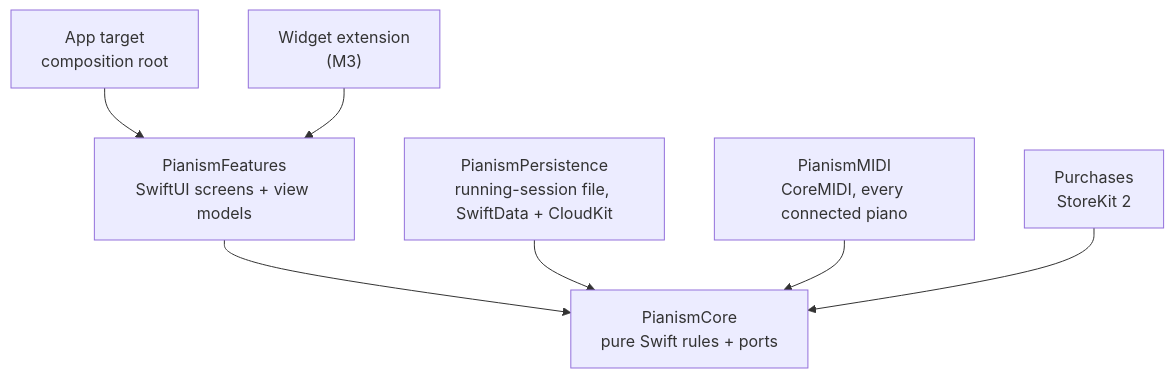
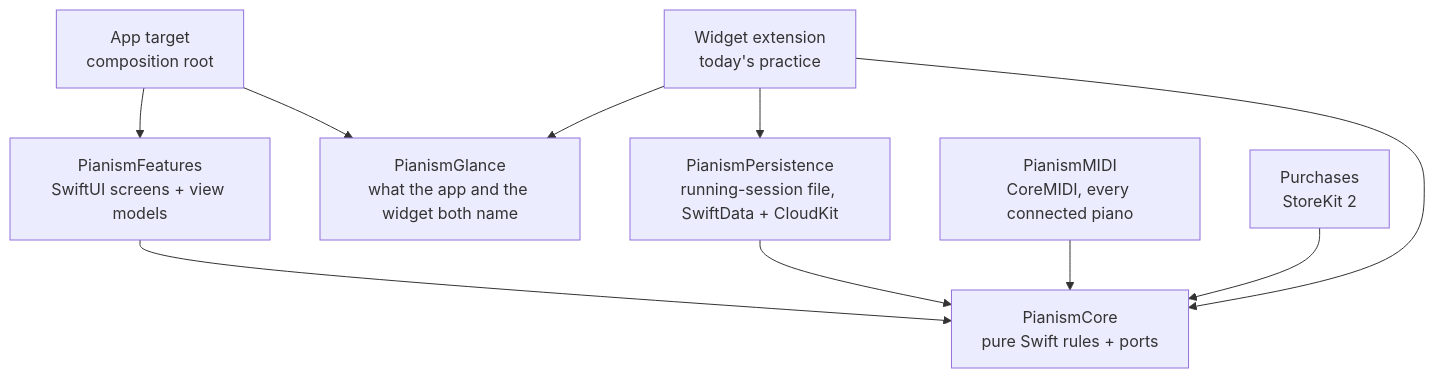
Before and after one commit to ed-karabinus/pianism: the diagram in README.md, drawn with Mermaid. The commit also changed 27 other files, not shown here.

First line of the commit message:
feat(GLN-2): Add the widget, showing today's practice

````diff
--- a/README.md
+++ b/README.md
@@ -19,10 +19,14 @@
 ```mermaid
 flowchart TB
     app["App target<br/>composition root"] --> features
-    widget["Widget extension<br/>(M3)"] --> features
+    app --> glance
+    widget["Widget extension<br/>today's practice"] --> glance
+    widget --> persistence
+    widget --> core
+    glance["PianismGlance<br/>what the app and the widget both name"]
     features["PianismFeatures<br/>SwiftUI screens + view models"] --> core
     persistence["PianismPersistence<br/>running-session file, SwiftData + CloudKit"] --> core
     midi["PianismMIDI<br/>CoreMIDI, every connected piano"] --> core
     purchases["Purchases<br/>StoreKit 2"] --> core
     core["PianismCore<br/>pure Swift rules + ports"]
 ```
````
